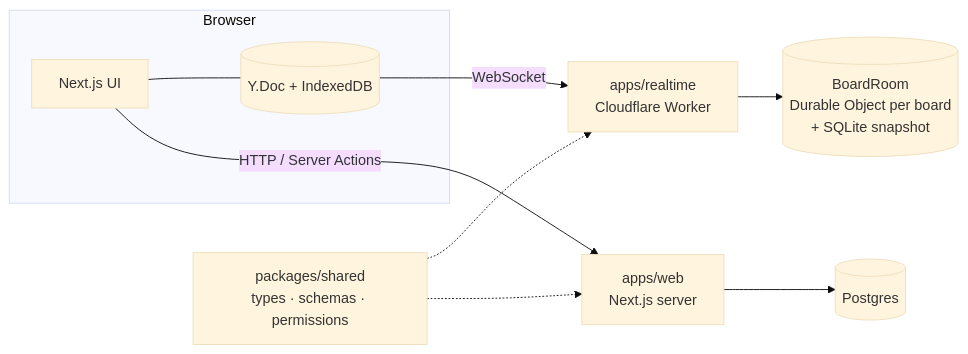
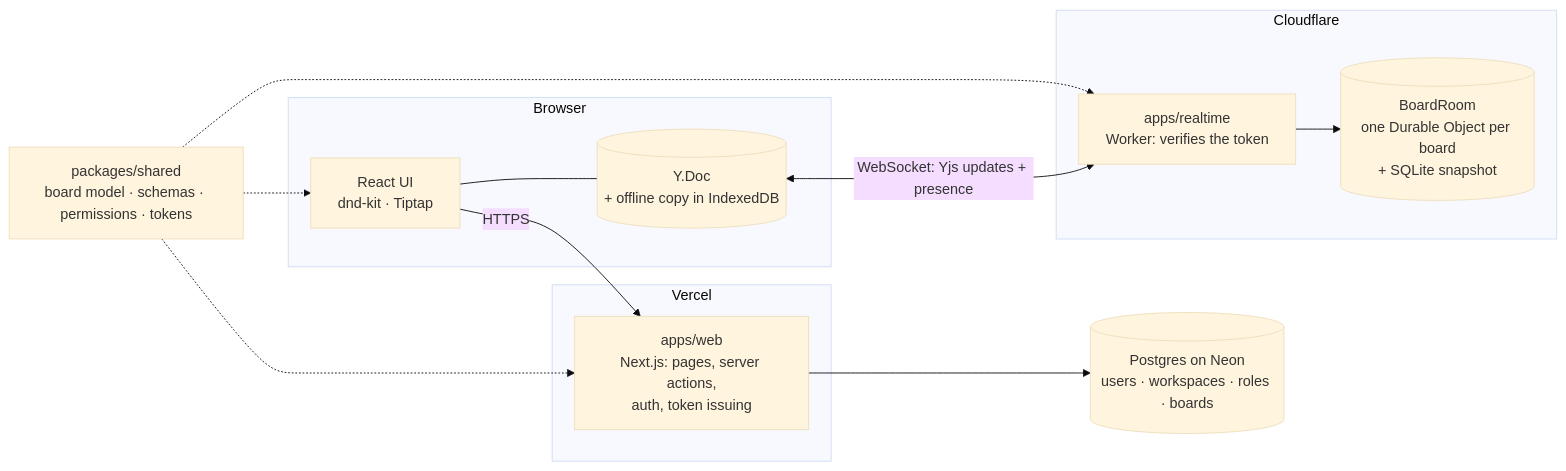
The first of 2 diagrams in README.md (Grigormrd/planwerk), drawn with Mermaid (base theme) before and after one commit. The commit also changed other lines of this file and 5 other files, not shown here.

First line of the commit message:
docs: README preview GIF, final architecture and "What was hard" (#22)

````diff
--- a/README.md
+++ b/README.md
@@ -35,12 +37,19 @@
 ```mermaid
 flowchart LR
   subgraph Browser
-    UI[Next.js UI] --- YDoc[(Y.Doc + IndexedDB)]
+    UI["React UI<br/>dnd-kit · Tiptap"] --- YDoc[("Y.Doc<br/>+ offline copy in IndexedDB")]
   end
-  UI -- HTTP / Server Actions --> Web[apps/web<br/>Next.js server]
-  YDoc -- WebSocket --> RT[apps/realtime<br/>Cloudflare Worker]
-  RT --> Room[(BoardRoom<br/>Durable Object per board<br/>+ SQLite snapshot)]
-  Web --> DB[(Postgres)]
-  Shared[packages/shared<br/>types · schemas · permissions] -.-> Web
-  Shared -.-> RT
+  subgraph Vercel
+    Web["apps/web<br/>Next.js: pages, server actions,<br/>auth, token issuing"]
+  end
+  subgraph Cloudflare
+    Worker["apps/realtime<br/>Worker: verifies the token"] --> Room[("BoardRoom<br/>one Durable Object per board<br/>+ SQLite snapshot")]
+  end
+  DB[("Postgres on Neon<br/>users · workspaces · roles · boards")]
+  UI -- "HTTPS" --> Web
+  Web --> DB
+  YDoc <-- "WebSocket: Yjs updates + presence" --> Worker
+  Shared["packages/shared<br/>board model · schemas · permissions · tokens"] -.-> Web
+  Shared -.-> Worker
+  Shared -.-> UI
 ```
````
